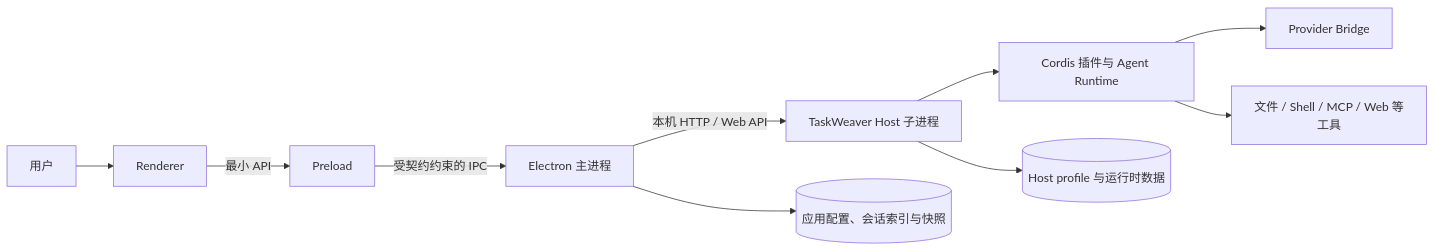
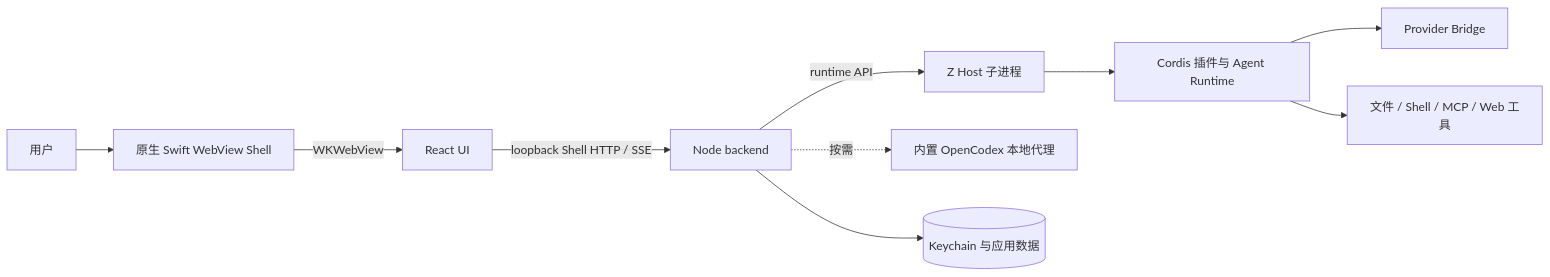
Before and after one commit to ZSN12/to-agent: the diagram in README.md, drawn with Mermaid. The commit also changed other lines of this file and 821 other files, not shown here.

Commit message:
refactor: reorganize backend and update runtime

````diff
--- a/README.md
+++ b/README.md
@@ -9,12 +7,12 @@
 ```mermaid
 flowchart LR
-  U[用户] --> R[Renderer]
-  R -->|最小 API| P[Preload]
-  P -->|受契约约束的 IPC| M[Electron 主进程]
-  M -->|本机 HTTP / Web API| H[TaskWeaver Host 子进程]
+  U[用户] --> S[原生 Swift WebView Shell]
+  S -->|WKWebView| R[React UI]
+  R -->|loopback Shell HTTP / SSE| B[Node backend]
+  B -->|runtime API| H[Z Host 子进程]
   H --> C[Cordis 插件与 Agent Runtime]
-  C --> B[Provider Bridge]
-  C --> T[文件 / Shell / MCP / Web 等工具]
-  M --> S[(应用配置、会话索引与快照)]
-  H --> D[(Host profile 与运行时数据)]
+  C --> P[Provider Bridge]
+  C --> T[文件 / Shell / MCP / Web 工具]
+  B -. 按需 .-> O[内置 OpenCodex 本地代理]
+  B --> K[(Keychain 与应用数据)]
 ```
````
